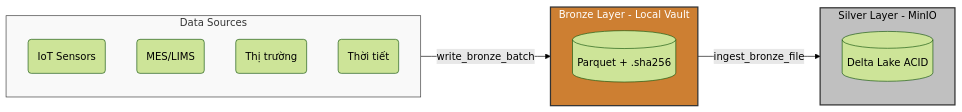
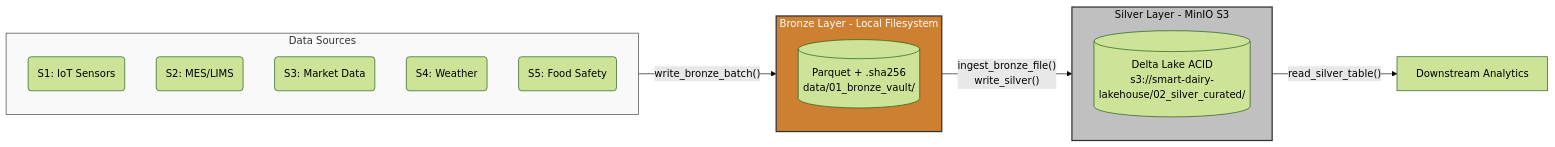
One commit to MinhBui647/ProjectIT5425_Nhom2 changed the diagram in src/lakehouse_storage/README.md. Above: the diagram before and after it, drawn with Mermaid (forest theme). The commit also changed other lines of this file and 1 other file, not shown here.

````diff
--- a/src/lakehouse_storage/README.md
+++ b/src/lakehouse_storage/README.md
@@ -10,24 +79,26 @@
 ```mermaid
 flowchart LR
-    subgraph Nguồn [Data Sources]
-        S1(IoT Sensors)
-        S2(MES/LIMS)
-        S3(Thị trường)
-        S4(Thời tiết)
+    subgraph Sources["Data Sources"]
+        S1("S1: IoT Sensors")
+        S2("S2: MES/LIMS")
+        S3("S3: Market Data")
+        S4("S4: Weather")
+        S5("S5: Food Safety")
     end
 
-    subgraph Bronze [Bronze Layer - Local Vault]
-        B[(Parquet + .sha256)]
+    subgraph Bronze["Bronze Layer - Local Filesystem"]
+        B[("Parquet + .sha256<br/>data/01_bronze_vault/")]
     end
 
-    subgraph Silver [Silver Layer - MinIO]
-        S[(Delta Lake ACID)]
+    subgraph Silver["Silver Layer - MinIO S3"]
+        D[("Delta Lake ACID<br/>s3://smart-dairy-lakehouse/02_silver_curated/")]
     end
 
-    Nguồn -- write_bronze_batch --> Bronze
-    Bronze -- ingest_bronze_file --> Silver
+    Sources -- "write_bronze_batch()" --> Bronze
+    Bronze -- "ingest_bronze_file()<br/>write_silver()" --> Silver
+    Silver -- "read_silver_table()" --> Downstream["Downstream Analytics"]
 
-    style Nguồn fill:#f9f9f9,stroke:#333,stroke-width:1px
+    style Sources fill:#f9f9f9,stroke:#333,stroke-width:1px
     style Bronze fill:#cd7f32,stroke:#333,stroke-width:2px,color:#fff
     style Silver fill:#c0c0c0,stroke:#333,stroke-width:2px,color:#000
 ```
````
